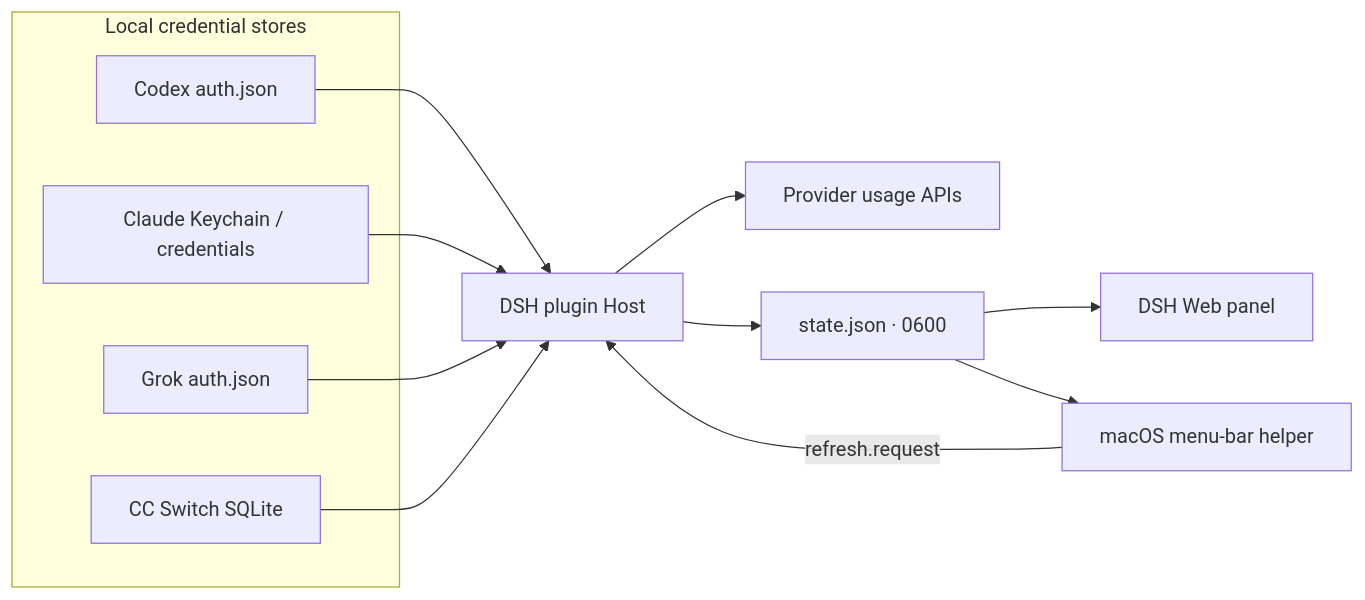
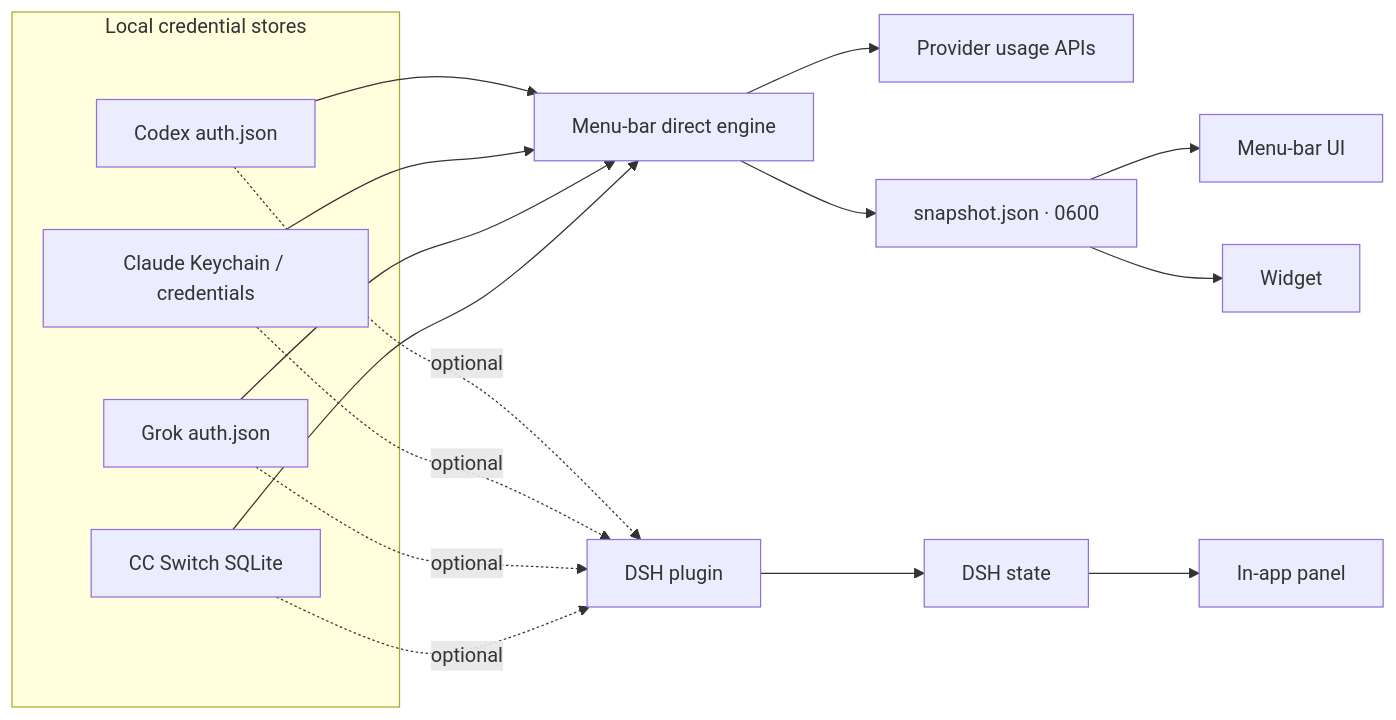
Before and after one commit to cheungringo420/dsh-usage-monitor: the diagram in README.md, drawn with Mermaid. The commit also changed other lines of this file and 10 other files, not shown here.

Commit message:
feat: standalone menu-bar mode with direct provider engine

````diff
--- a/README.md
+++ b/README.md
@@ -122,19 +124,25 @@
 ```mermaid
 flowchart LR
   subgraph Local["Local credential stores"]
     A1["Codex auth.json"]
     A2["Claude Keychain / credentials"]
     A3["Grok auth.json"]
     A4["CC Switch SQLite"]
   end
 
-  A1 --> P["DSH plugin Host"]
-  A2 --> P
-  A3 --> P
-  A4 --> P
-  P --> U["Provider usage APIs"]
-  P --> S["state.json · 0600"]
-  S --> W["DSH Web panel"]
-  S --> M["macOS menu-bar helper"]
-  M -->|refresh.request| P
+  A1 --> D["Menu-bar direct engine"]
+  A2 --> D
+  A3 --> D
+  A4 --> D
+  D --> U["Provider usage APIs"]
+  D --> C["snapshot.json · 0600"]
+  C --> M["Menu-bar UI"]
+  C --> W["Widget"]
+
+  A1 -. optional .-> P["DSH plugin"]
+  A2 -. optional .-> P
+  A3 -. optional .-> P
+  A4 -. optional .-> P
+  P --> S["DSH state"]
+  S --> I["In-app panel"]
 ```
````
